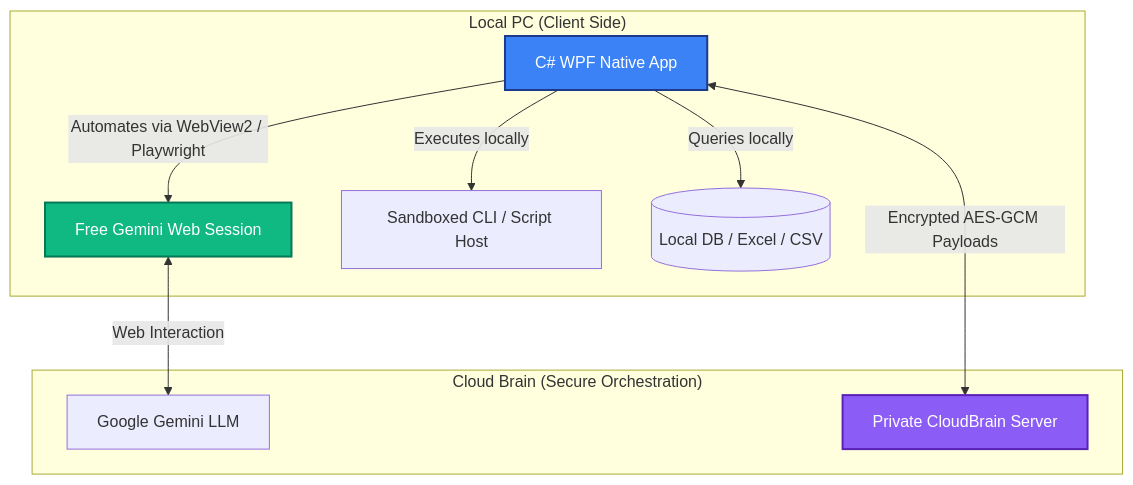
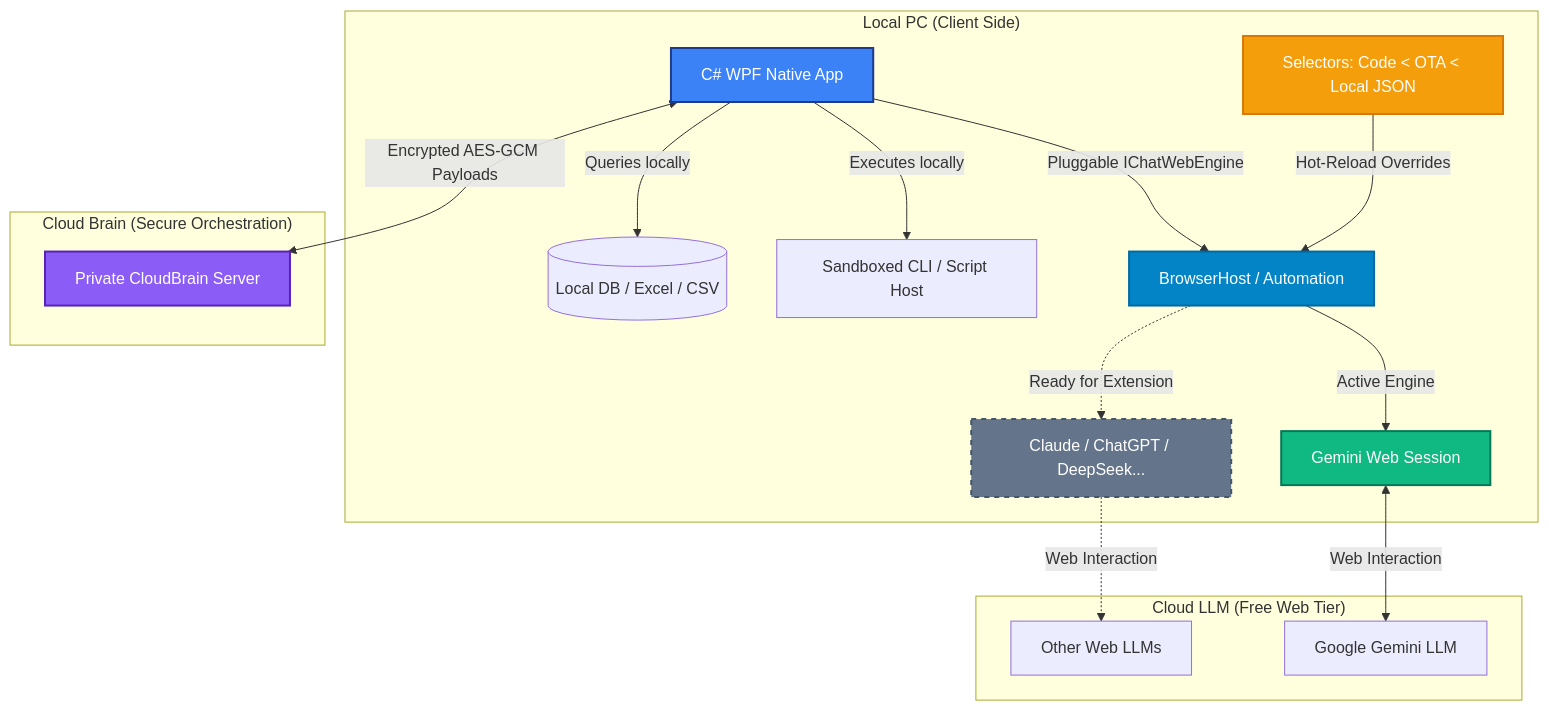
The diagram in README.md (MarckDWN/DWN.BRIDGE), drawn with Mermaid before and after one commit. The commit also changed other lines of this file and 2 other files, not shown here.

Commit message:
docs: announce multi-webchat engine architecture and include HowTo_Add_WebChat_Engine guide

````diff
--- a/README.md
+++ b/README.md
@@ -32,16 +38,25 @@
 ```mermaid
 graph TD
     subgraph "Local PC (Client Side)"
-        App[C# WPF Native App] -->|Automates via WebView2 / Playwright| Browser[Free Gemini Web Session]
+        App[C# WPF Native App] -->|Pluggable IChatWebEngine| EngineHost[BrowserHost / Automation]
+        EngineHost -->|Active Engine| Gemini[Gemini Web Session]
+        EngineHost -.->|Ready for Extension| OtherEngines[Claude / ChatGPT / DeepSeek...]
         App -->|Executes locally| Shell[Sandboxed CLI / Script Host]
         App -->|Queries locally| DB[(Local DB / Excel / CSV)]
+        Selectors[Selectors: Code < OTA < Local JSON] -->|Hot-Reload Overrides| EngineHost
+    end
+    subgraph "Cloud LLM (Free Web Tier)"
+        Gemini <-->|Web Interaction| Cloud[Google Gemini LLM]
+        OtherEngines -.->|Web Interaction| OtherCloud[Other Web LLMs]
     end
     subgraph "Cloud Brain (Secure Orchestration)"
-        Browser <-->|Web Interaction| Cloud[Google Gemini LLM]
         App <-->|Encrypted AES-GCM Payloads| Server[Private CloudBrain Server]
     end
     
     style App fill:#3B82F6,stroke:#1E3A8A,stroke-width:2px,color:#fff
-    style Browser fill:#10B981,stroke:#047857,stroke-width:2px,color:#fff
+    style EngineHost fill:#0284C7,stroke:#0369A1,stroke-width:2px,color:#fff
+    style Gemini fill:#10B981,stroke:#047857,stroke-width:2px,color:#fff
+    style OtherEngines fill:#64748B,stroke:#475569,stroke-width:2px,stroke-dasharray: 5 5,color:#fff
     style Server fill:#8B5CF6,stroke:#5B21B6,stroke-width:2px,color:#fff
+    style Selectors fill:#F59E0B,stroke:#D97706,stroke-width:2px,color:#fff
 ```
````
